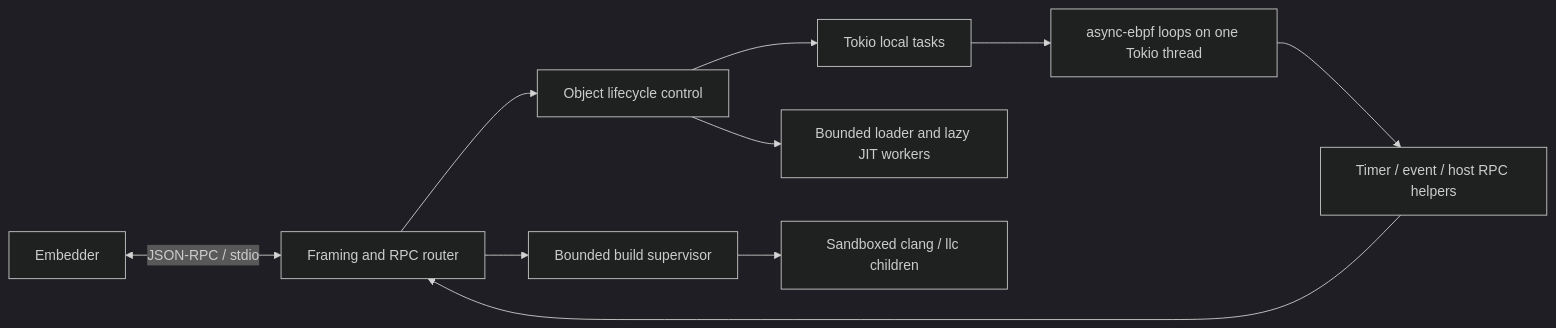
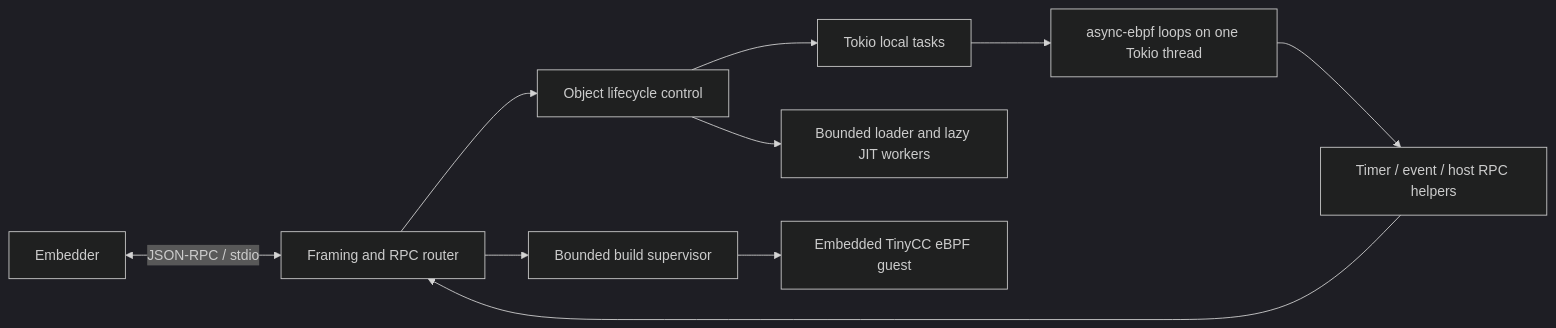
The diagram in DESIGN.md (AFK-surf/spinfoam), drawn with Mermaid (dark theme) before and after one commit. The commit also changed other lines of this file and 26 other files, not shown here.

Commit message:
Build and embed TinyCC from the pinned fork for portable eBPF compilation

````diff
--- a/DESIGN.md
+++ b/DESIGN.md
@@ -31,12 +31,12 @@
 ```mermaid
 flowchart LR
     E[Embedder] <-->|JSON-RPC / stdio| P[Framing and RPC router]
     P --> C[Object lifecycle control]
     C --> S[Tokio local tasks]
     S --> V[async-ebpf loops on one Tokio thread]
     V --> H[Timer / event / host RPC helpers]
     H --> P
     P --> B[Bounded build supervisor]
-    B --> X[Sandboxed clang / llc children]
+    B --> X[Embedded TinyCC eBPF guest]
     C --> L[Bounded loader and lazy JIT workers]
 ```
````
